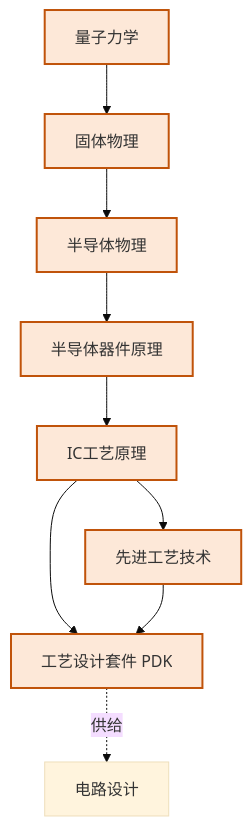
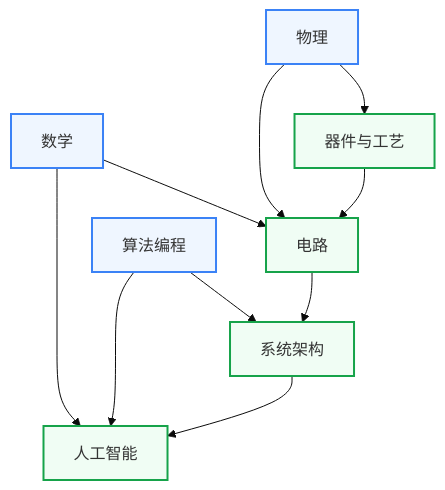
Before and after one commit to Crys-Chen/ic-guide: the first of 2 diagrams in docs/学习地图/index.md, drawn with Mermaid (base theme). The commit also changed other lines of this file and 1 other file, not shown here.

````diff
--- a/docs/学习地图/index.md
+++ b/docs/学习地图/index.md
@@ -128,18 +23,25 @@
-    ```mermaid
-    graph TB
-        QM["量子力学"]
-        SSP["固体物理"]
-        SCP["半导体物理"]
-        DEV["半导体器件原理"]
-        PROC["IC工艺原理"]
-        ADPROC["先进工艺技术"]
-        PDK["工艺设计套件 PDK"]
-        
-        QM --> SSP --> SCP --> DEV --> PROC --> ADPROC
-        PROC --> PDK
-        ADPROC --> PDK
-        PDK -.->|供给| 电路设计
-        
-        classDef device fill:#FDE8D8,stroke:#C0530A,stroke-width:2px
-        class QM,SSP,SCP,DEV,PROC,ADPROC,PDK device
-    ```
+```mermaid
+graph TB
+    MATH["数学"]
+    PHY["物理"]
+    CS["算法编程"]
+    DEV["器件与工艺"]
+    CIR["电路"]
+    SYS["系统架构"]
+    AI["人工智能"]
+
+    MATH --> CIR
+    MATH --> AI
+    PHY --> DEV
+    PHY --> CIR
+    DEV --> CIR
+    CS --> SYS
+    CS --> AI
+    CIR --> SYS
+    SYS --> AI
+
+    classDef base fill:#EFF6FF,stroke:#3B82F6,stroke-width:2px
+    classDef upper fill:#F0FDF4,stroke:#16A34A,stroke-width:2px
+    class MATH,PHY,CS base
+    class DEV,CIR,SYS,AI upper
+```
````
